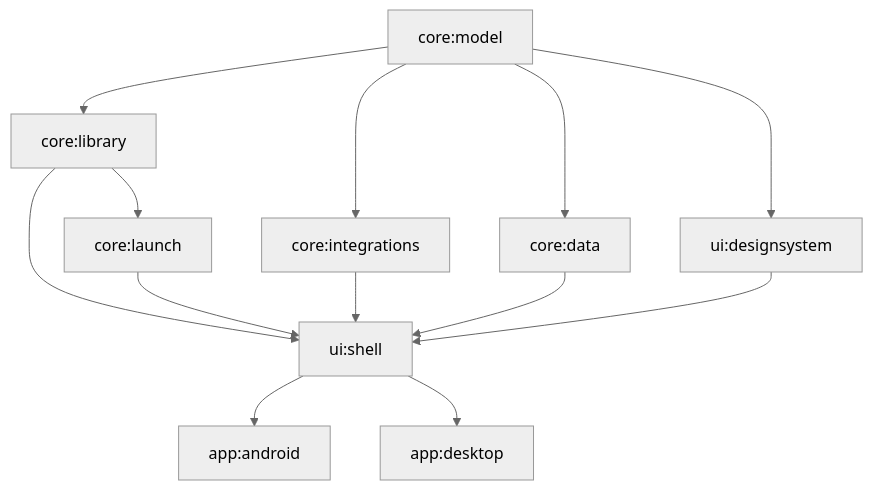
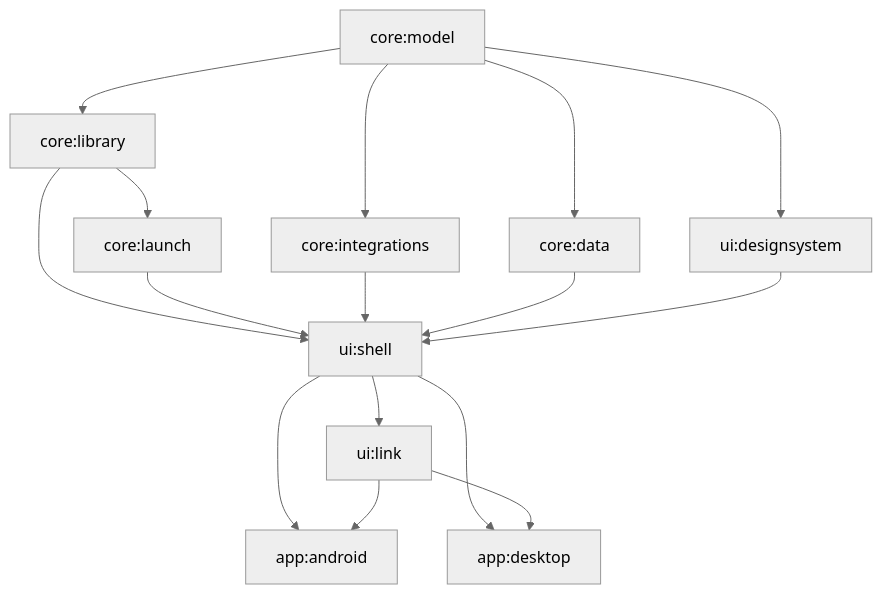
One commit to MAtiyaaa/fuse changed the diagram in ARCHITECTURE.md. Above: the diagram before and after it, drawn with Mermaid (neutral theme). The commit also changed other lines of this file and 13 other files, not shown here.

First line of the commit message:
Docs for 0.0.4: release notes, README, architecture and roadmap

````diff
--- a/ARCHITECTURE.md
+++ b/ARCHITECTURE.md
@@ -29,25 +29,29 @@
 ```mermaid
 flowchart TD
     model[core:model]
     library[core:library]
     launch[core:launch]
     integrations[core:integrations]
     data[core:data]
     ds[ui:designsystem]
     shell[ui:shell]
+    link[ui:link]
     android[app:android]
     desktop[app:desktop]
 
     model --> library
     model --> integrations
     model --> data
     model --> ds
     library --> launch
     library --> shell
     launch --> shell
     integrations --> shell
     data --> shell
     ds --> shell
+    shell --> link
     shell --> android
     shell --> desktop
+    link --> android
+    link --> desktop
 ```
````
